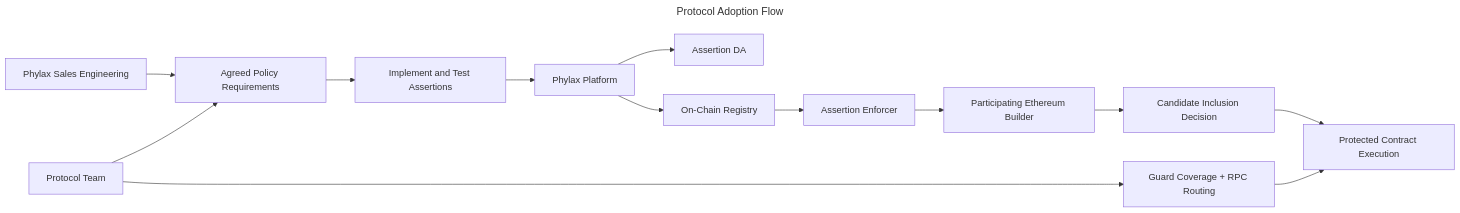
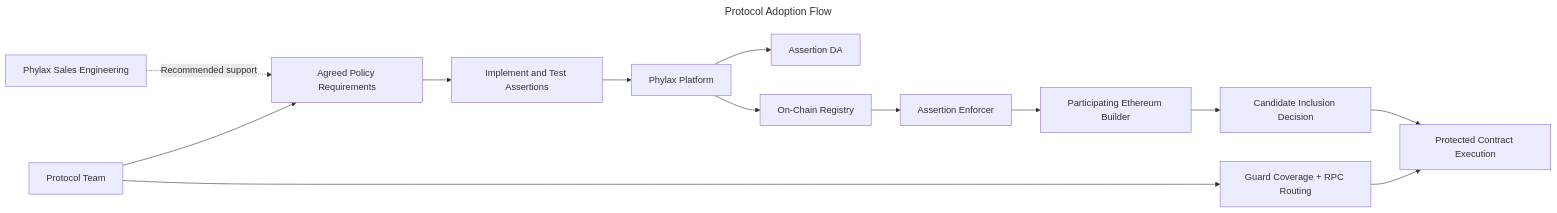
One commit to phylaxsystems/phylax-docs changed the diagram in credible/dapp-integration.mdx. Above: the diagram before and after it, drawn with Mermaid. The commit also changed other lines of this file and 21 other files, not shown here.

Commit message:
docs: make sales engineering optional and included

````diff
--- a/credible/dapp-integration.mdx
+++ b/credible/dapp-integration.mdx
@@ -32,18 +32,18 @@
 ```mermaid
 ---
 title: Protocol Adoption Flow
 ---
 flowchart LR
   Dev[Protocol Team] --> Scope[Agreed Policy Requirements]
-  SE[Phylax Sales Engineering] --> Scope
+  SE[Phylax Sales Engineering] -. Recommended support .-> Scope
   Scope --> Assertion[Implement and Test Assertions]
   Assertion --> Platform[Phylax Platform]
   Platform --> DA[Assertion DA]
   Platform --> Registry[On-Chain Registry]
   Registry --> Enforcer[Assertion Enforcer]
   Enforcer --> Builder[Participating Ethereum Builder]
   Builder --> Outcome[Candidate Inclusion Decision]
   Dev --> Guard[Guard Coverage + RPC Routing]
   Guard --> Execution[Protected Contract Execution]
   Outcome --> Execution
 ```
````
